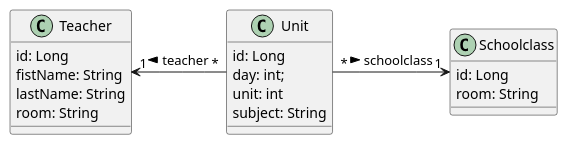
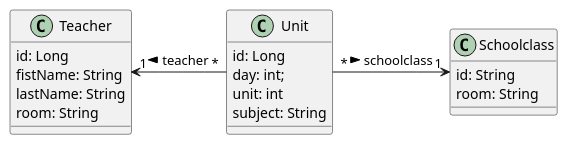
The diagram in asciidocs/plantuml/cld.puml (htl-leonding-example/timetable-quarkus-angular), drawn with PlantUML before and after one commit. The commit also changed 7 other files, not shown here.

```diff
--- a/asciidocs/plantuml/cld.puml
+++ b/asciidocs/plantuml/cld.puml
@@ -1,24 +1,24 @@
 @startuml
 class Schoolclass {
-  id: Long
+  id: String
   room: String
 }
 
 class Teacher {
   id: Long
   fistName: String
   lastName: String
   room: String
 }
 
 class Unit {
   id: Long
   day: int;
   unit: int
   subject: String
 }
 
 Unit "*" --left--> "1" Teacher: teacher >
 Unit "*" --right--> "1" Schoolclass: schoolclass >
 
 @enduml
```
